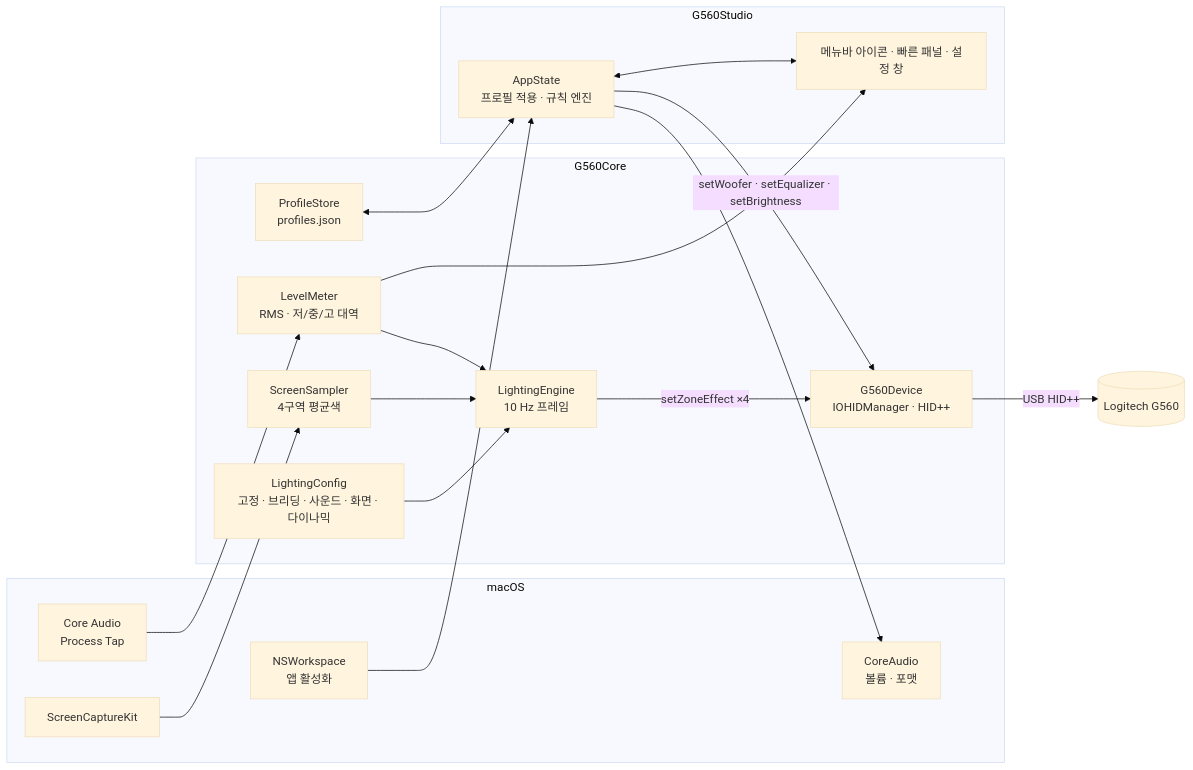
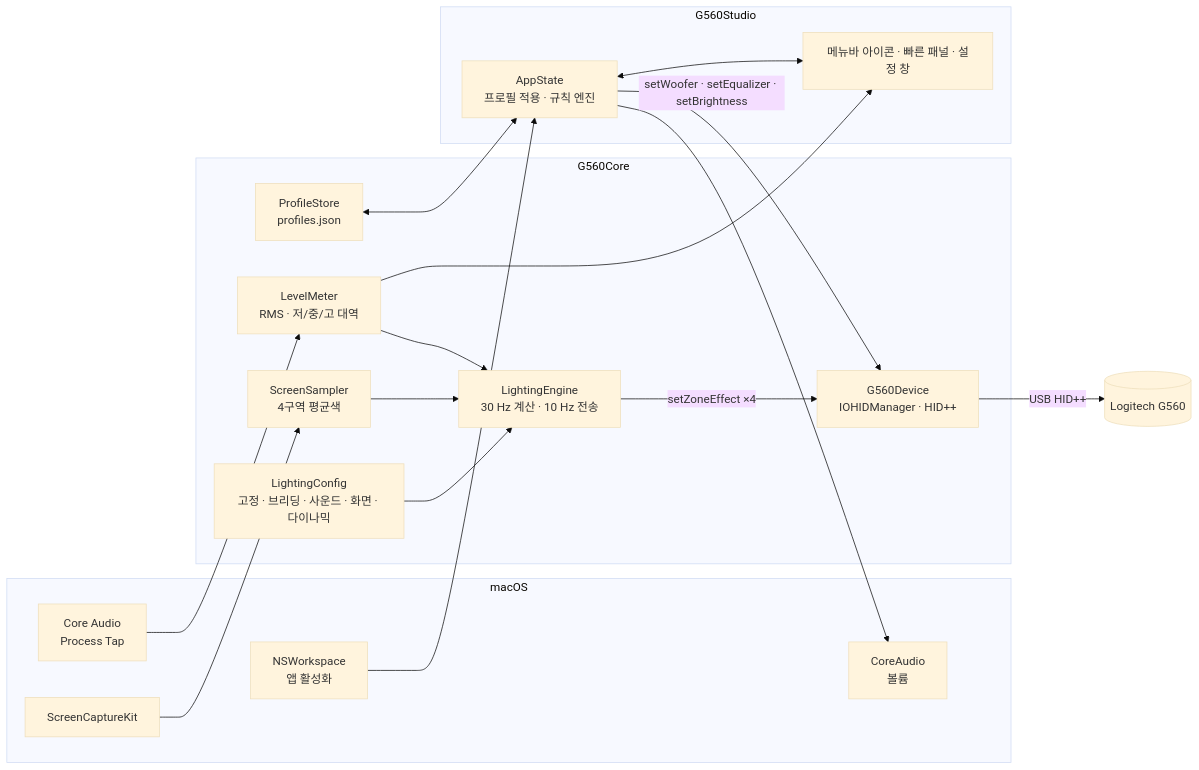
Before and after one commit to yong6330/G560Studio: the diagram in README.md, drawn with Mermaid (base theme). The commit also changed other lines of this file, not shown here.

Commit message:
README: current lighting rates/CPU, volume guard behavior, firmware-lock recovery steps

````diff
--- a/README.md
+++ b/README.md
@@ -100,35 +100,35 @@
 ```mermaid
 flowchart LR
     subgraph macOS
         Tap[Core Audio<br>Process Tap]
         SCK[ScreenCaptureKit]
         WS[NSWorkspace<br>앱 활성화]
-        CA[CoreAudio<br>볼륨 · 포맷]
+        CA[CoreAudio<br>볼륨]
     end
 
     subgraph G560Core
         LM[LevelMeter<br>RMS · 저/중/고 대역]
         SS[ScreenSampler<br>4구역 평균색]
-        LE[LightingEngine<br>10 Hz 프레임]
+        LE[LightingEngine<br>30 Hz 계산 · 10 Hz 전송]
         LC[LightingConfig<br>고정 · 브리딩 · 사운드 · 화면 · 다이나믹]
         DEV[G560Device<br>IOHIDManager · HID++]
         PS[ProfileStore<br>profiles.json]
     end
 
     subgraph G560Studio
         AS[AppState<br>프로필 적용 · 규칙 엔진]
         UI[메뉴바 아이콘 · 빠른 패널 · 설정 창]
     end
 
     Tap --> LM --> LE
     SCK --> SS --> LE
     LC --> LE
     LE -->|setZoneEffect ×4| DEV
     AS -->|setWoofer · setEqualizer · setBrightness| DEV
     AS --> CA
     WS --> AS
     PS <--> AS
     AS <--> UI
     LM --> UI
     DEV -->|USB HID++| G560[(Logitech G560)]
 ```
````
